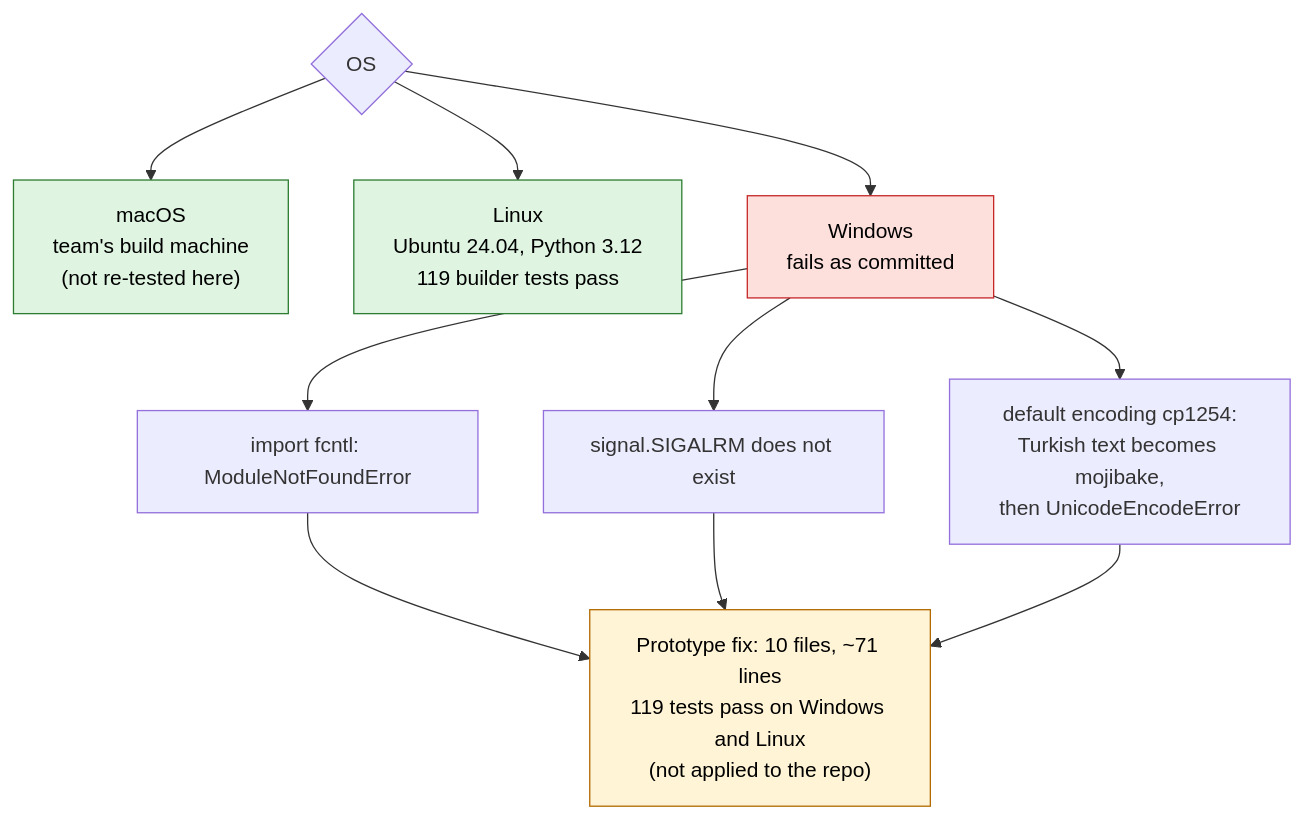
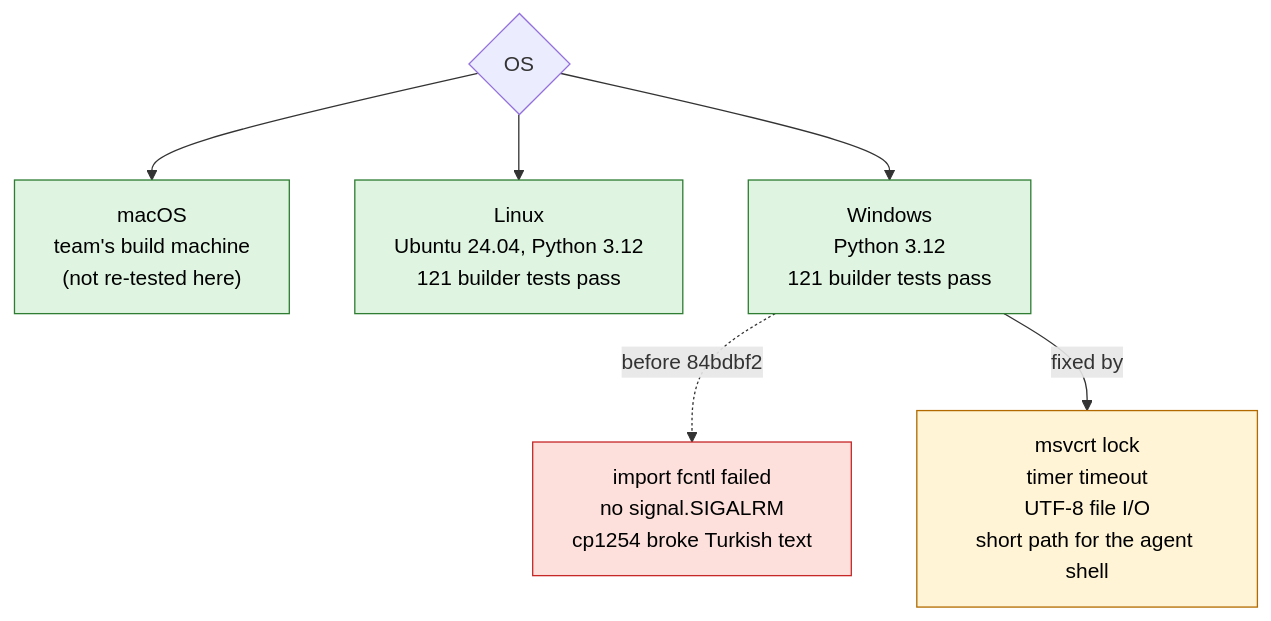
One commit to Tugaytalha/The-Builder changed the third of 3 diagrams in docs/architecture.md. Above: the diagram before and after it, drawn with Mermaid. The commit also changed other lines of this file, not shown here.

Commit message:
Architecture doc: Windows now works (84bdbf2), how the paths stay separate

````diff
--- a/docs/architecture.md
+++ b/docs/architecture.md
@@ -92,15 +94,14 @@
 ```mermaid
 flowchart TD
     Q{"OS"} --> M["macOS<br/>team's build machine<br/>(not re-tested here)"]
-    Q --> L["Linux<br/>Ubuntu 24.04, Python 3.12<br/>119 builder tests pass"]
-    Q --> W["Windows<br/>fails as committed"]
-    W --> W1["import fcntl: ModuleNotFoundError"]
-    W --> W2["signal.SIGALRM does not exist"]
-    W --> W3["default encoding cp1254:<br/>Turkish text becomes mojibake,<br/>then UnicodeEncodeError"]
-    W1 & W2 & W3 --> P["Prototype fix: 10 files, ~71 lines<br/>119 tests pass on Windows and Linux<br/>(not applied to the repo)"]
+    Q --> L["Linux<br/>Ubuntu 24.04, Python 3.12<br/>121 builder tests pass"]
+    Q --> W["Windows<br/>Python 3.12<br/>121 builder tests pass"]
+    W -.->|"before 84bdbf2"| B["import fcntl failed<br/>no signal.SIGALRM<br/>cp1254 broke Turkish text"]
+    W -->|"fixed by"| F["msvcrt lock<br/>timer timeout<br/>UTF-8 file I/O<br/>short path for the agent shell"]
 
     style M fill:#dff5e1,stroke:#2e7d32,color:#000
     style L fill:#dff5e1,stroke:#2e7d32,color:#000
-    style W fill:#fde0dc,stroke:#c62828,color:#000
-    style P fill:#fff4d6,stroke:#b26a00,color:#000
+    style W fill:#dff5e1,stroke:#2e7d32,color:#000
+    style B fill:#fde0dc,stroke:#c62828,color:#000
+    style F fill:#fff4d6,stroke:#b26a00,color:#000
 ```
````
